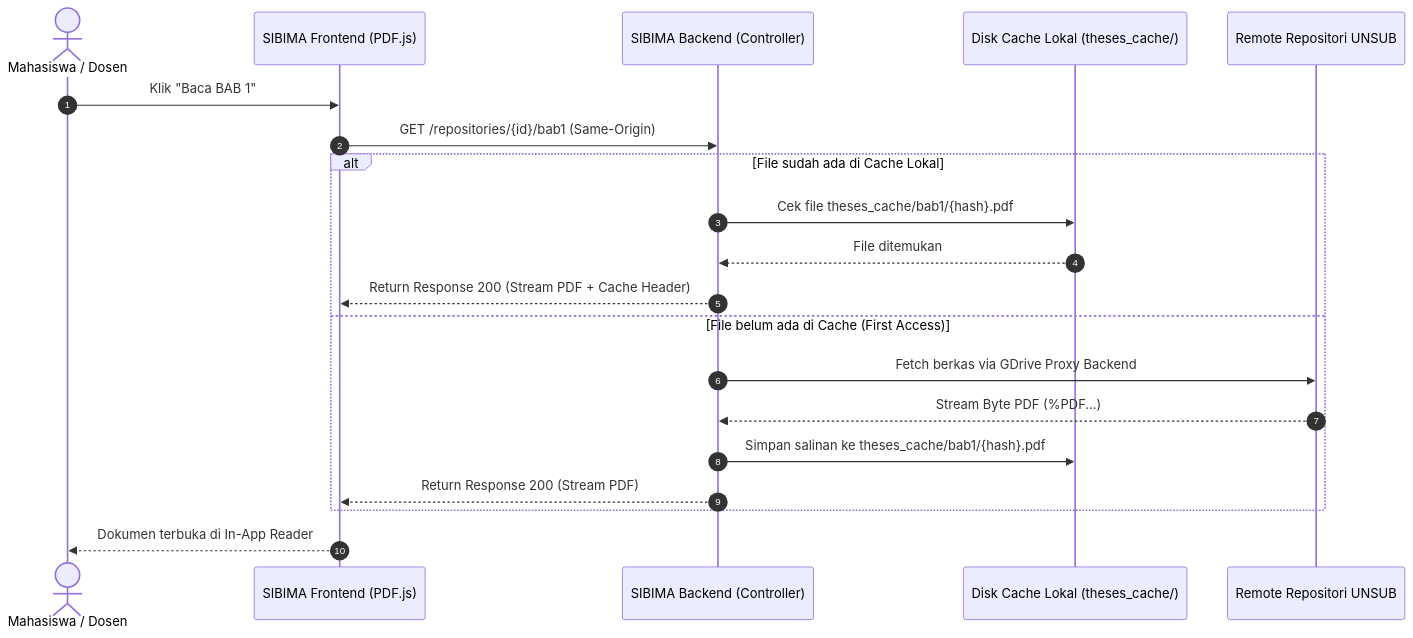
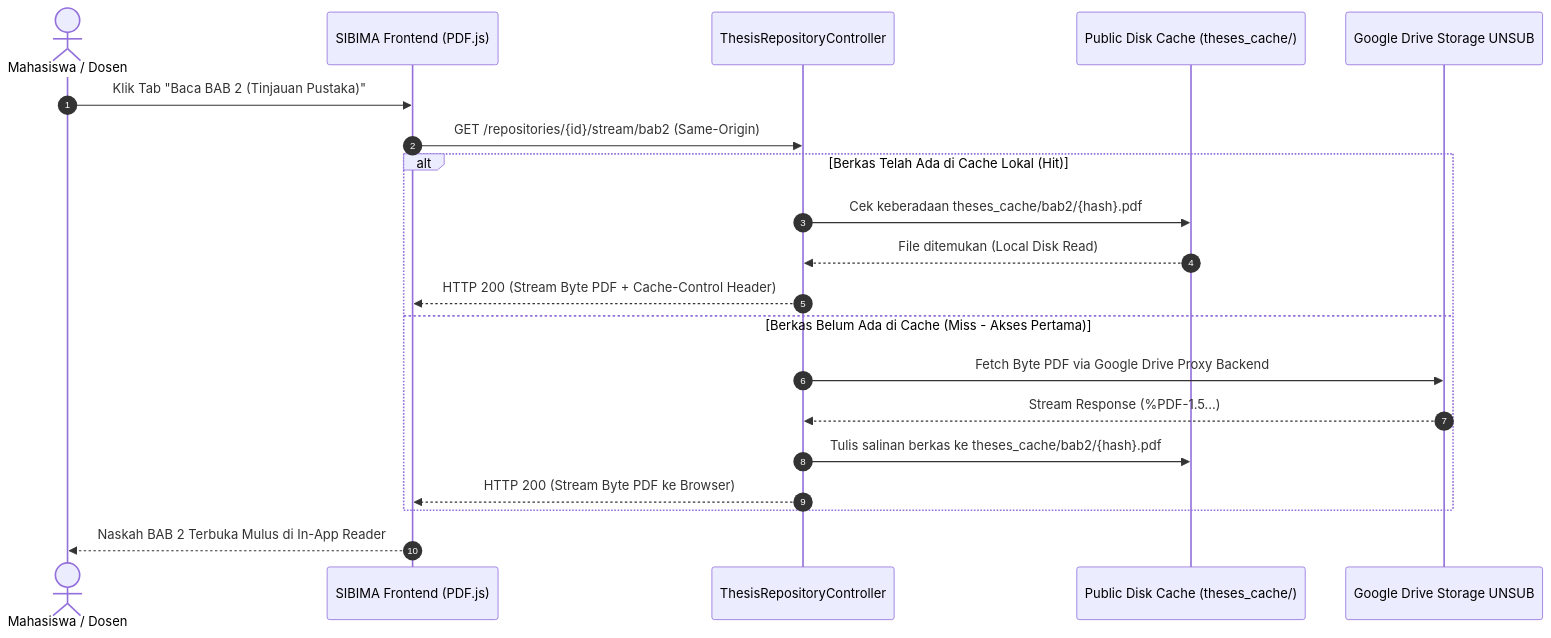
The seventh of 10 diagrams in docs/arsitektur_katalog_pustaka.md (bagusaliakbar/SIBIMA), drawn with Mermaid before and after one commit. The commit also changed other lines of this file and 3 other files, not shown here.

Commit message:
docs(architecture): expand system architecture document covering end-to-end SIBIMA platform

````diff
--- a/docs/arsitektur_katalog_pustaka.md
+++ b/docs/arsitektur_katalog_pustaka.md
@@ -117,25 +483,25 @@
 ```mermaid
 sequenceDiagram
     autonumber
     actor M as Mahasiswa / Dosen
     participant UI as SIBIMA Frontend (PDF.js)
-    participant S as SIBIMA Backend (Controller)
-    participant C as Disk Cache Lokal (theses_cache/)
-    participant R as Remote Repositori UNSUB
+    participant CTRL as ThesisRepositoryController
+    participant CACHE as Public Disk Cache (theses_cache/)
+    participant GDrive as Google Drive Storage UNSUB
 
-    M->>UI: Klik "Baca BAB 1"
-    UI->>S: GET /repositories/{id}/bab1 (Same-Origin)
+    M->>UI: Klik Tab "Baca BAB 2 (Tinjauan Pustaka)"
+    UI->>CTRL: GET /repositories/{id}/stream/bab2 (Same-Origin)
     
-    alt File sudah ada di Cache Lokal
-        S->>C: Cek file theses_cache/bab1/{hash}.pdf
-        C-->>S: File ditemukan
-        S-->>UI: Return Response 200 (Stream PDF + Cache Header)
-    else File belum ada di Cache (First Access)
-        S->>R: Fetch berkas via GDrive Proxy Backend
-        R-->>S: Stream Byte PDF (%PDF...)
-        S->>C: Simpan salinan ke theses_cache/bab1/{hash}.pdf
-        S-->>UI: Return Response 200 (Stream PDF)
+    alt Berkas Telah Ada di Cache Lokal (Hit)
+        CTRL->>CACHE: Cek keberadaan theses_cache/bab2/{hash}.pdf
+        CACHE-->>CTRL: File ditemukan (Local Disk Read)
+        CTRL-->>UI: HTTP 200 (Stream Byte PDF + Cache-Control Header)
+    else Berkas Belum Ada di Cache (Miss - Akses Pertama)
+        CTRL->>GDrive: Fetch Byte PDF via Google Drive Proxy Backend
+        GDrive-->>CTRL: Stream Response (%PDF-1.5...)
+        CTRL->>CACHE: Tulis salinan berkas ke theses_cache/bab2/{hash}.pdf
+        CTRL-->>UI: HTTP 200 (Stream Byte PDF ke Browser)
     end
     
-    UI-->>M: Dokumen terbuka di In-App Reader
+    UI-->>M: Naskah BAB 2 Terbuka Mulus di In-App Reader
 ```
````
